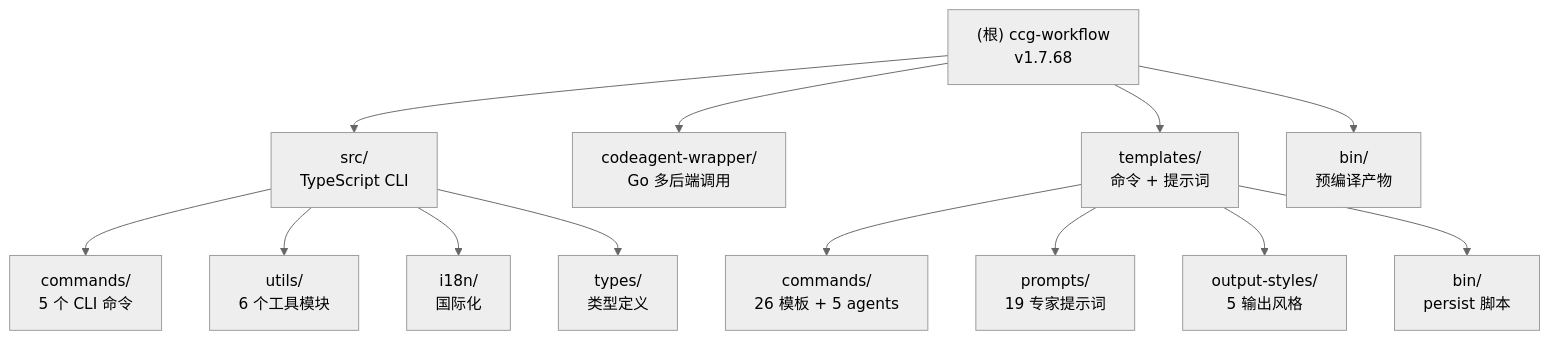
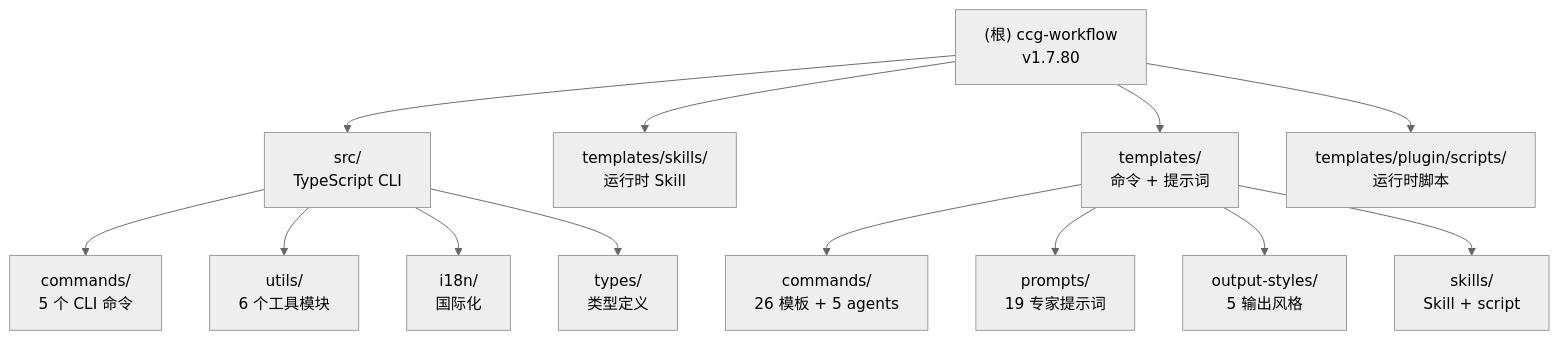
Before and after one commit to 13210541230/ccg-workflow: the second of 2 diagrams in CLAUDE.md, drawn with Mermaid (neutral theme). The commit also changed other lines of this file and 97 other files, not shown here.

````diff
--- a/CLAUDE.md
+++ b/CLAUDE.md
@@ -144,21 +154,20 @@
 ```mermaid
 graph TD
-    A["(根) ccg-workflow<br/>v1.7.68"] --> B["src/<br/>TypeScript CLI"]
-    A --> C["codeagent-wrapper/<br/>Go 多后端调用"]
+    A["(根) ccg-workflow<br/>v1.7.80"] --> B["src/<br/>TypeScript CLI"]
+    A --> C["templates/skills/<br/>运行时 Skill"]
     A --> D["templates/<br/>命令 + 提示词"]
-    A --> E["bin/<br/>预编译产物"]
+    A --> E["templates/plugin/scripts/<br/>运行时脚本"]
 
     B --> B1["commands/<br/>5 个 CLI 命令"]
     B --> B2["utils/<br/>6 个工具模块"]
     B --> B3["i18n/<br/>国际化"]
     B --> B4["types/<br/>类型定义"]
 
     D --> D1["commands/<br/>26 模板 + 5 agents"]
     D --> D2["prompts/<br/>19 专家提示词"]
     D --> D3["output-styles/<br/>5 输出风格"]
-    D --> D4["bin/<br/>persist 脚本"]
+    D --> D4["skills/<br/>Skill + script"]
 
     click B "./src/CLAUDE.md" "查看 CLI 模块文档"
-    click C "./codeagent-wrapper/CLAUDE.md" "查看 codeagent-wrapper 模块文档"
     click D "./templates/CLAUDE.md" "查看 templates 模块文档"
 ```
````
